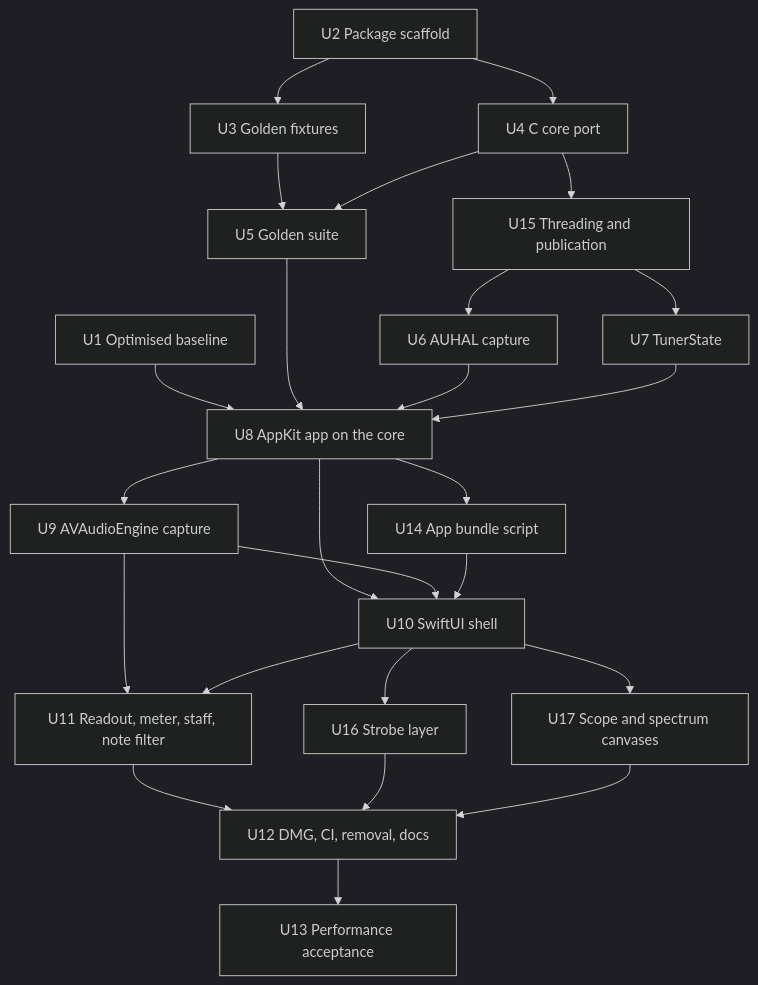
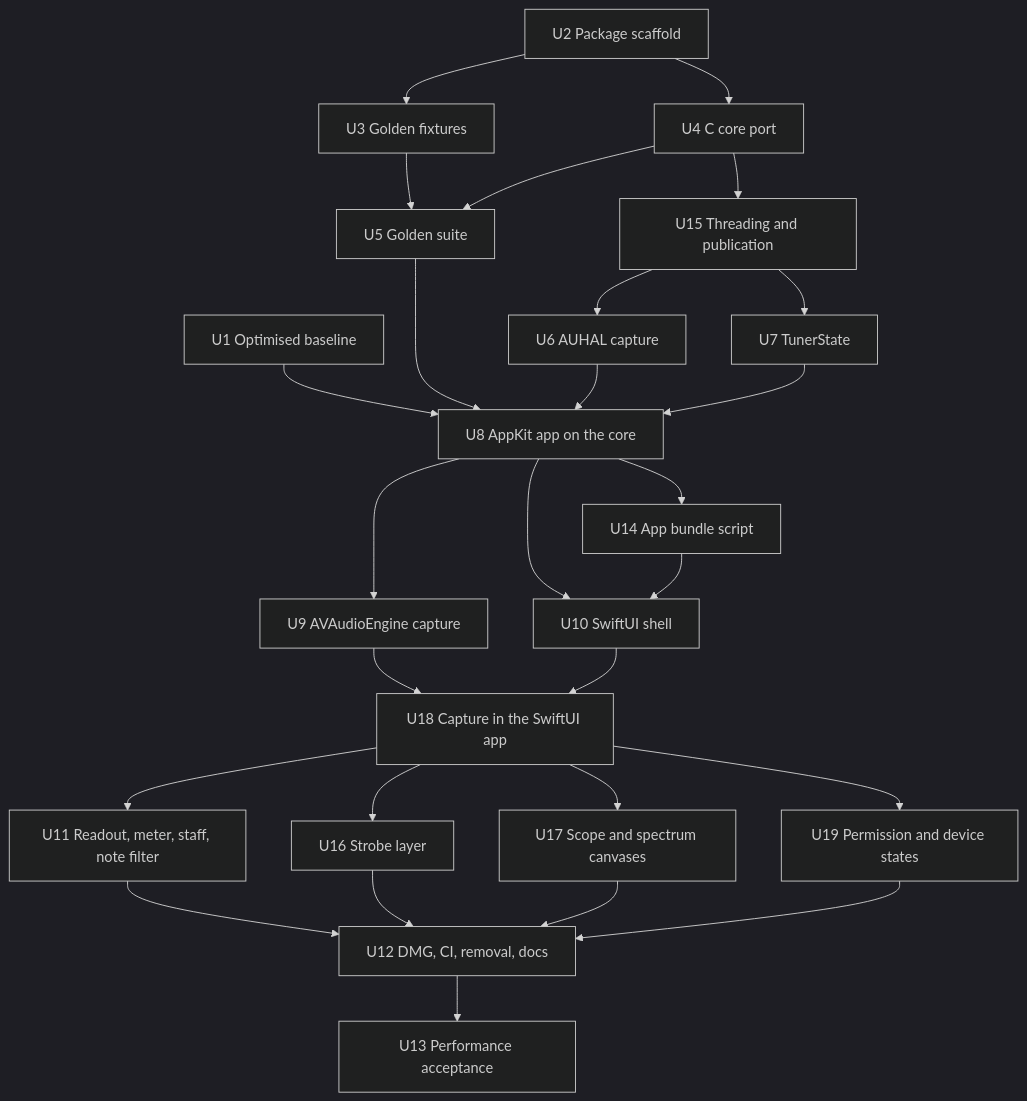
The seventh of 7 diagrams in docs/plans/2026-10-16-1644-feat-mac-native-rewrite-plan.md (ozyx/ctuner), drawn with Mermaid (dark theme) before and after one commit. The commit also changed other lines of this file and 17 other files, not shown here.

````diff
--- a/docs/plans/2026-10-16-1644-feat-mac-native-rewrite-plan.md
+++ b/docs/plans/2026-10-16-1644-feat-mac-native-rewrite-plan.md
@@ -391,42 +395,46 @@
 ```mermaid
 flowchart TB
   U1[U1 Optimised baseline]
   U2[U2 Package scaffold]
   U3[U3 Golden fixtures]
   U4[U4 C core port]
   U15[U15 Threading and publication]
   U5[U5 Golden suite]
   U6[U6 AUHAL capture]
   U7[U7 TunerState]
   U8[U8 AppKit app on the core]
   U14[U14 App bundle script]
   U9[U9 AVAudioEngine capture]
   U10[U10 SwiftUI shell]
+  U18[U18 Capture in the SwiftUI app]
+  U19[U19 Permission and device states]
   U11[U11 Readout, meter, staff, note filter]
   U16[U16 Strobe layer]
   U17[U17 Scope and spectrum canvases]
   U12[U12 DMG, CI, removal, docs]
   U13[U13 Performance acceptance]
   U2 --> U3 --> U5
   U2 --> U4 --> U5
   U4 --> U15
   U15 --> U6
   U15 --> U7
   U1 --> U8
   U5 --> U8
   U6 --> U8
   U7 --> U8
   U8 --> U14
   U8 --> U9
   U8 --> U10
-  U9 --> U10
   U14 --> U10
-  U9 --> U11
-  U10 --> U11
-  U10 --> U16
-  U10 --> U17
+  U9 --> U18
+  U10 --> U18
+  U18 --> U19
+  U18 --> U11
+  U18 --> U16
+  U18 --> U17
   U11 --> U12
   U16 --> U12
   U17 --> U12
+  U19 --> U12
   U12 --> U13
 ```
````
